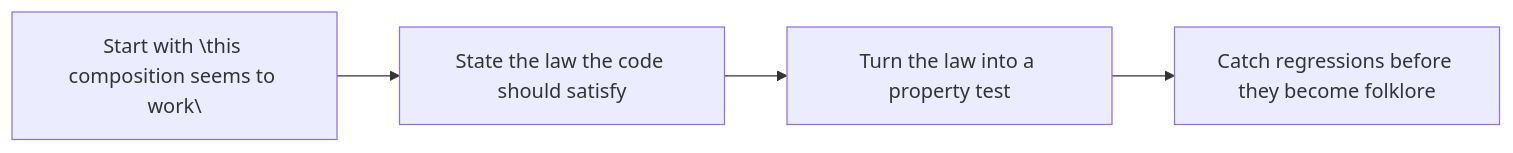
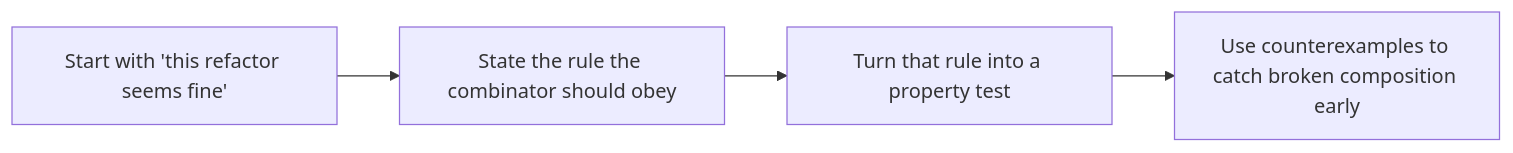
The diagram in programs/python-programming/python-functional-programming/course-book/module-06-monadic-flow-explicit-context/law-guided-design.md (bijux/bijux-masterclass), drawn with Mermaid before and after one commit. The commit also changed other lines of this file, not shown here.

Commit message:
docs(functional-programming): scope law-guided guarantees

````diff
--- a/programs/python-programming/python-functional-programming/course-book/module-06-monadic-flow-explicit-context/law-guided-design.md
+++ b/programs/python-programming/python-functional-programming/course-book/module-06-monadic-flow-explicit-context/law-guided-design.md
@@ -7,6 +6,6 @@
 ```mermaid
 flowchart LR
-  hope["Start with \"this composition seems to work\""] --> law["State the law the code should satisfy"]
-  law --> property["Turn the law into a property test"]
-  property --> regress["Catch regressions before they become folklore"]
+  intuition["Start with 'this refactor seems fine'"] --> law["State the rule the combinator should obey"]
+  law --> property["Turn that rule into a property test"]
+  property --> feedback["Use counterexamples to catch broken composition early"]
 ```
````
